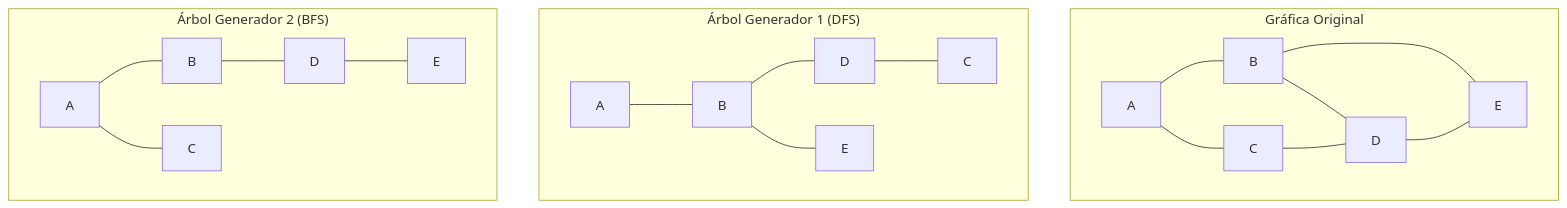
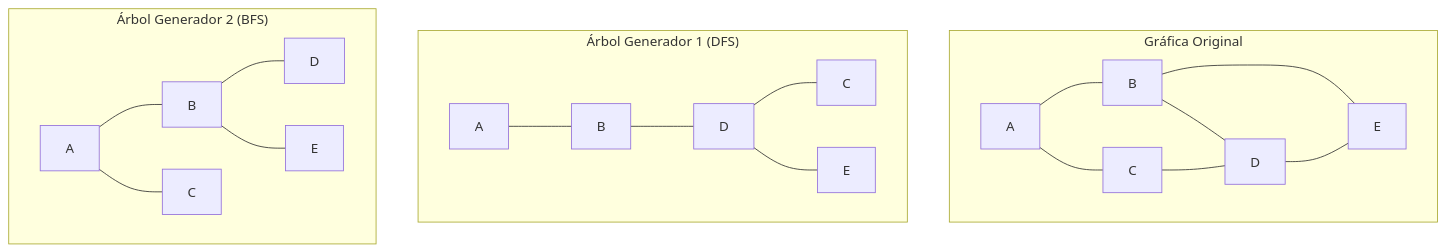
The diagram in public/documents/semester-2/3/2323.md (djaimej/computer-science-template), drawn with Mermaid before and after one commit. The commit also changed other lines of this file and 38 other files, not shown here.

````diff
--- a/public/documents/semester-2/3/2323.md
+++ b/public/documents/semester-2/3/2323.md
@@ -185,25 +185,25 @@
 ```mermaid
 graph TD
     subgraph Gráfica Original
         A[A] --- B[B]
         A --- C[C]
         B --- D[D]
         C --- D
         B --- E[E]
         D --- E
     end
 
     subgraph "Árbol Generador 1 (DFS)"
         A2[A] --- B2[B]
         B2 --- D2[D]
         D2 --- C2[C]
-        B2 --- E2[E]
+        D2 --- E2[E]
     end
 
     subgraph "Árbol Generador 2 (BFS)"
         A3[A] --- B3[B]
         A3 --- C3[C]
         B3 --- D3[D]
-        D3 --- E3[E]
+        B3 --- E3[E]
     end
 ```
````
